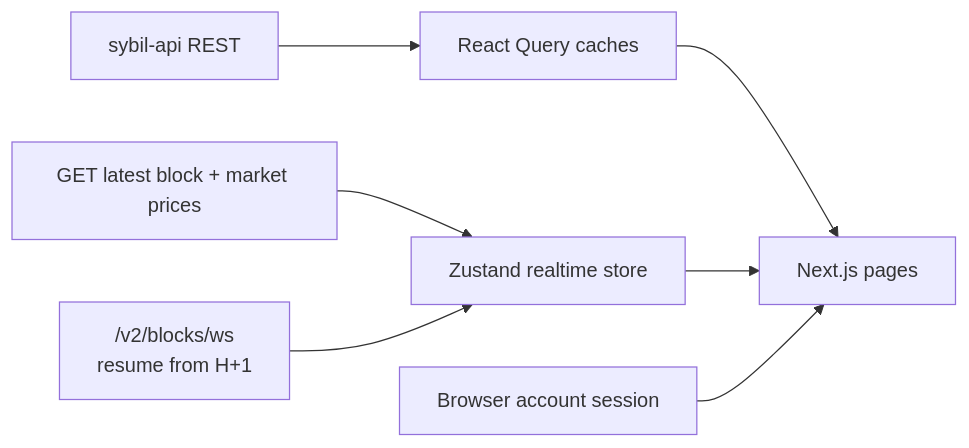
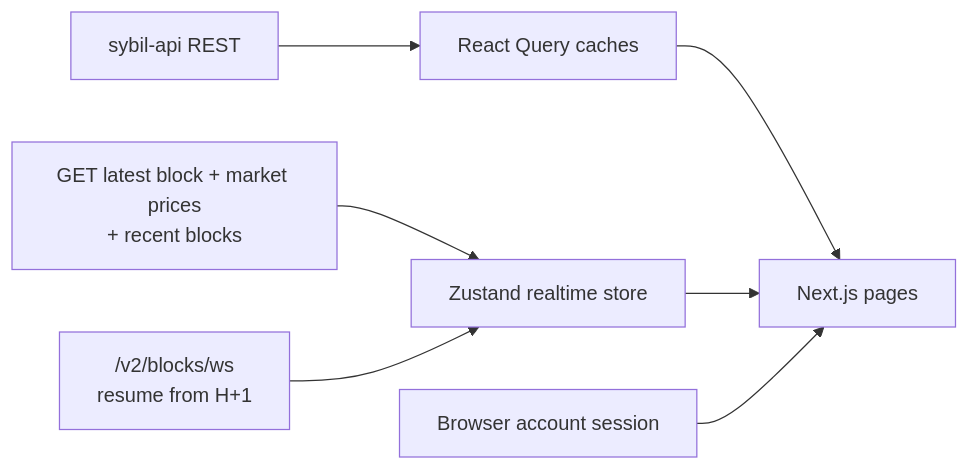
Before and after one commit to MetaB0y/sybil: the diagram in frontend/DATA_MAP.md, drawn with Mermaid. The commit also changed other lines of this file and 28 other files, not shown here.

````diff
--- a/frontend/DATA_MAP.md
+++ b/frontend/DATA_MAP.md
@@ -14,9 +14,9 @@
 ```mermaid
 flowchart LR
     API["sybil-api REST"] --> QUERY["React Query caches"]
-    HEAD["GET latest block + market prices"] --> STORE["Zustand realtime store"]
+    HEAD["GET latest block + market prices<br/>+ recent blocks"] --> STORE["Zustand realtime store"]
     WS["/v2/blocks/ws<br/>resume from H+1"] --> STORE
     QUERY --> PAGE["Next.js pages"]
     STORE --> PAGE
     LOCAL["Browser account session"] --> PAGE
 ```
````
